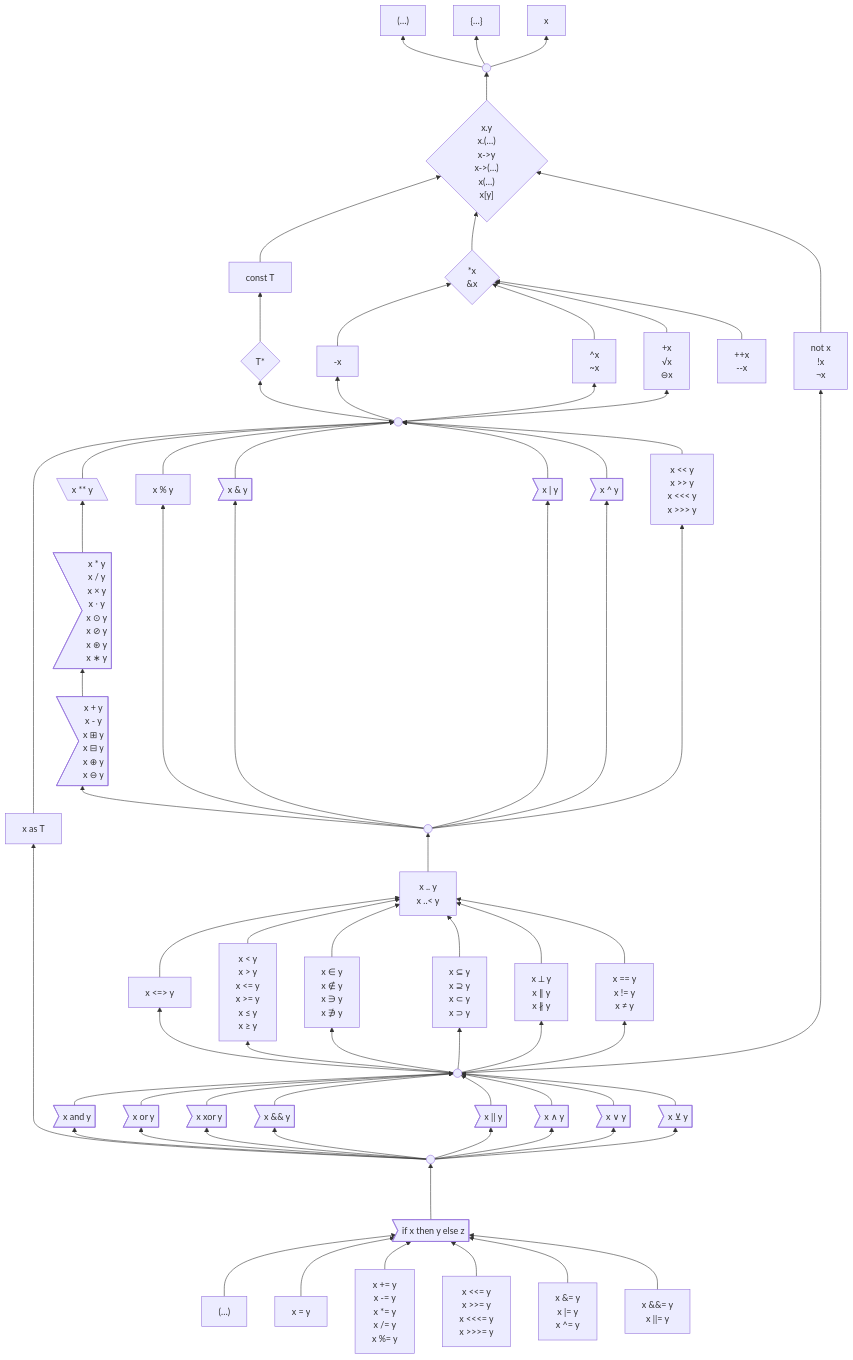
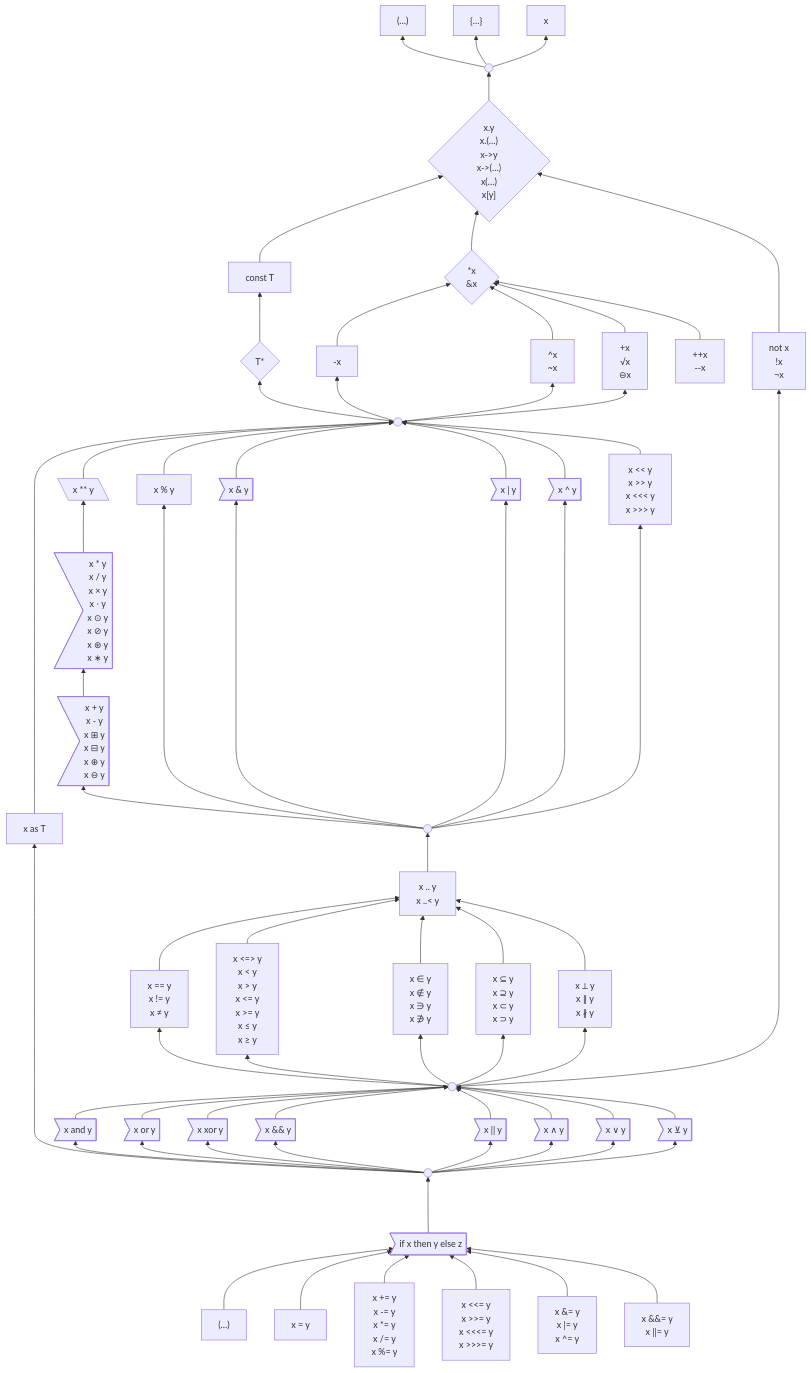
One commit to laro/Cilia changed the first of 2 diagrams in 6 .../2 Unfinished Ideas.md. Above: the diagram before and after it, drawn with Mermaid.

Commit message:
Update 2 Unfinished Ideas.md

```diff
--- a/6 .../2 Unfinished Ideas.md
+++ b/6 .../2 Unfinished Ideas.md
@@ -233,9 +233,12 @@
     range["x .. y
            x ..< y"]
 
-    threeWay["x <=> y"]
+    equality["x == y
+              x != y
+              x ≠ y"]
 
-    comparison["x < y
+    comparison["x <=> y
+                x < y
                 x > y
                 x <= y
                 x >= y
@@ -255,10 +258,6 @@
     parallel["x ⟂ y
               x ∥ y
               x ∦ y"]
-
-    equality["x == y
-              x != y
-              x ≠ y"]
 
     not["not x
          !x
@@ -332,8 +331,8 @@
     %% Ranges bind looser than arithmetic/bitwise, tighter than the relational operators
     range --> binaryOps
 
-    threeWay & comparison & membership & subset & parallel & equality --> range
-    logicalOperand --> threeWay & comparison & membership & subset & parallel & equality & not
+    equality & comparison & membership & subset & parallel --> range
+    logicalOperand --> equality & comparison & membership & subset & parallel & not
 
     and & or & xor & andAmp & orAmp & andSym & orSym & xorSym --> logicalOperand
     logicalExpression --> as & and & or & xor & andAmp & orAmp & andSym & orSym & xorSym
```
